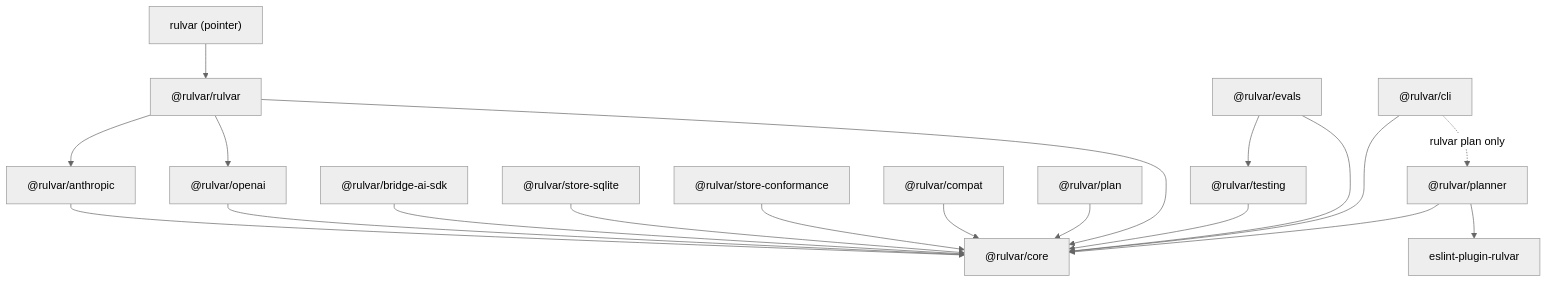
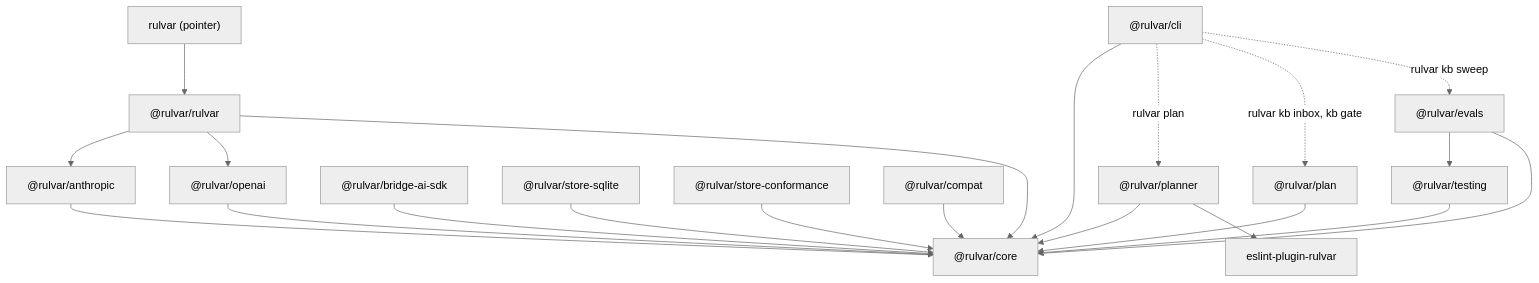
The diagram in docs/reference/packages.md (o-stepper/rulvar), drawn with Mermaid (neutral theme) before and after one commit. The commit also changed other lines of this file and 69 other files, not shown here.

First line of the commit message:
v1.16.2 review: bounded plan and sweep, one canonical CLI grammar, honest companion graph, fence gate (#200)

````diff
--- a/docs/reference/packages.md
+++ b/docs/reference/packages.md
@@ -82,21 +82,23 @@
 ```mermaid
 graph TD
   pointer["rulvar (pointer)"] --> umbrella["@rulvar/rulvar"]
   umbrella --> anthropic["@rulvar/anthropic"]
   umbrella --> openai["@rulvar/openai"]
   umbrella --> core["@rulvar/core"]
   anthropic --> core
   openai --> core
   bridge["@rulvar/bridge-ai-sdk"] --> core
   sqlite["@rulvar/store-sqlite"] --> core
   conformance["@rulvar/store-conformance"] --> core
   compat["@rulvar/compat"] --> core
   plan["@rulvar/plan"] --> core
   planner["@rulvar/planner"] --> core
   planner --> eslintPlugin["eslint-plugin-rulvar"]
   testing["@rulvar/testing"] --> core
   evals["@rulvar/evals"] --> testing
   evals --> core
   cli["@rulvar/cli"] --> core
-  cli -.->|"rulvar plan only"| planner
+  cli -.->|"rulvar plan"| planner
+  cli -.->|"rulvar kb inbox, kb gate"| plan
+  cli -.->|"rulvar kb sweep"| evals
 ```
````
